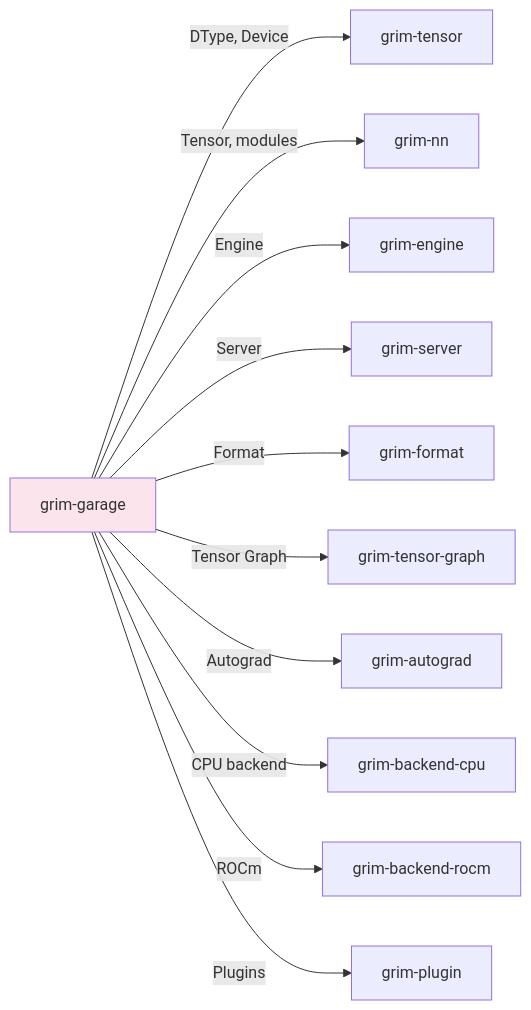
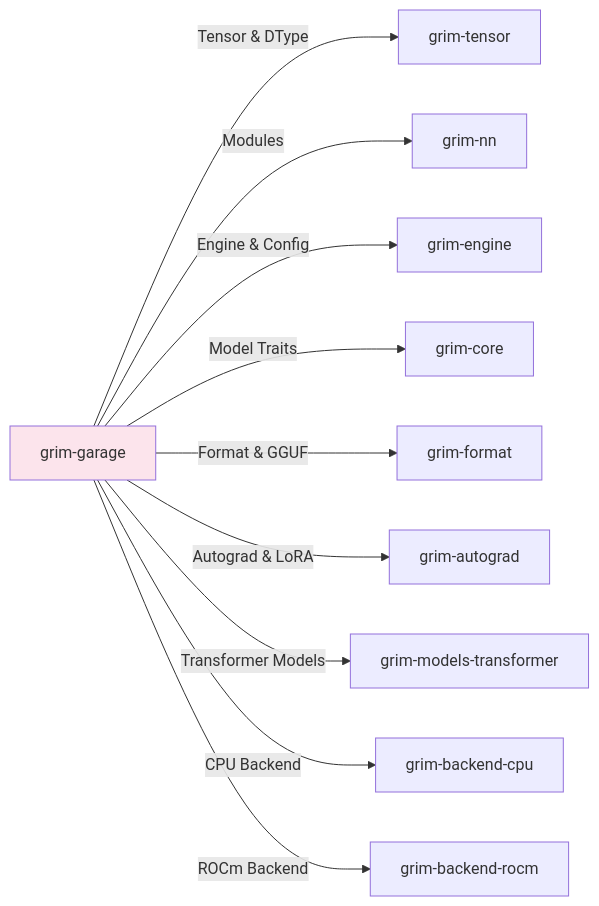
One commit to sydonayrex/grim changed the diagram in crates/grim-garage/README.md. Above: the diagram before and after it, drawn with Mermaid. The commit also changed other lines of this file and 2825 other files, not shown here.

````diff
--- a/crates/grim-garage/README.md
+++ b/crates/grim-garage/README.md
@@ -22,15 +29,14 @@
 ```mermaid
 graph LR
-    A[grim-garage] -->|DType, Device| B[grim-tensor]
-    A -->|Tensor, modules| C[grim-nn]
-    A -->|Engine| D[grim-engine]
-    A -->|Server| E[grim-server]
-    A -->|Format| F[grim-format]
-    A -->|Tensor Graph| G[grim-tensor-graph]
-    A -->|Autograd| H[grim-autograd]
-    A -->|CPU backend| I[grim-backend-cpu]
-    A -->|ROCm| J[grim-backend-rocm]
-    A -->|Plugins| K[grim-plugin]
-    
+    A[grim-garage] -->|Tensor & DType| B[grim-tensor]
+    A -->|Modules| C[grim-nn]
+    A -->|Engine & Config| D[grim-engine]
+    A -->|Model Traits| E[grim-core]
+    A -->|Format & GGUF| F[grim-format]
+    A -->|Autograd & LoRA| G[grim-autograd]
+    A -->|Transformer Models| H[grim-models-transformer]
+    A -->|CPU Backend| I[grim-backend-cpu]
+    A -->|ROCm Backend| J[grim-backend-rocm]
+
     style A fill:#fce4ec
 ```
````
